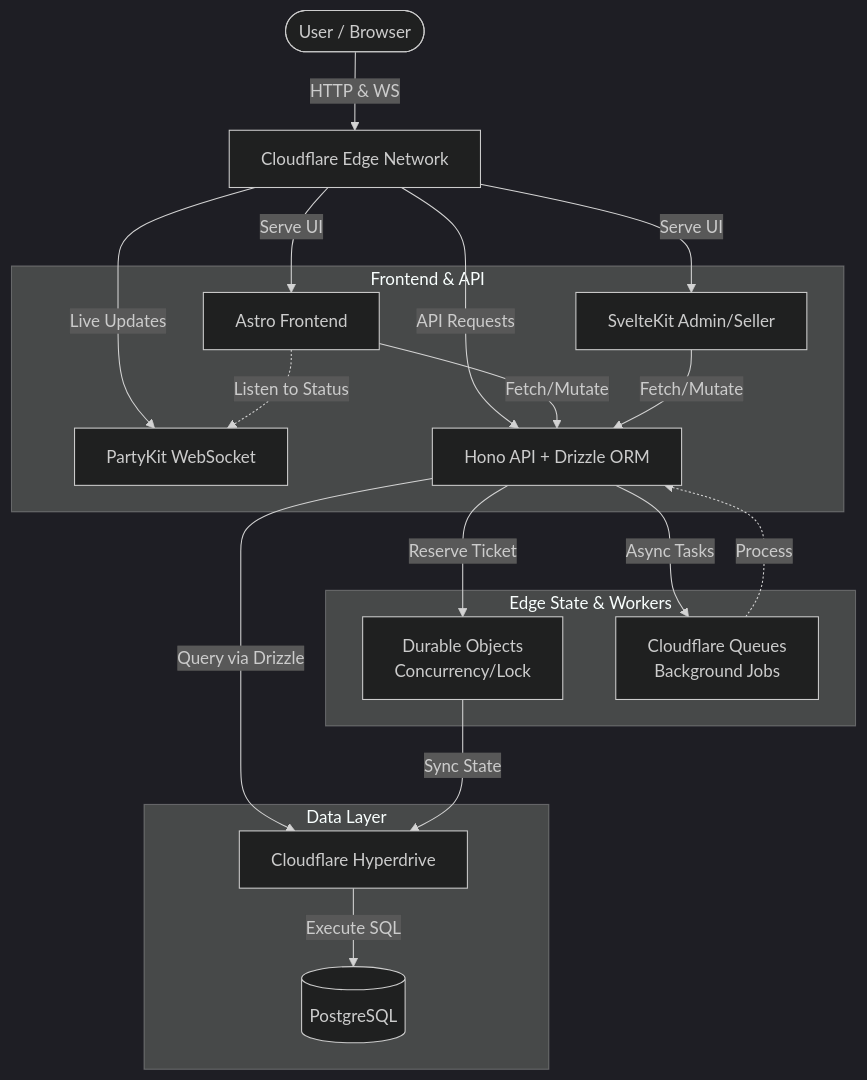
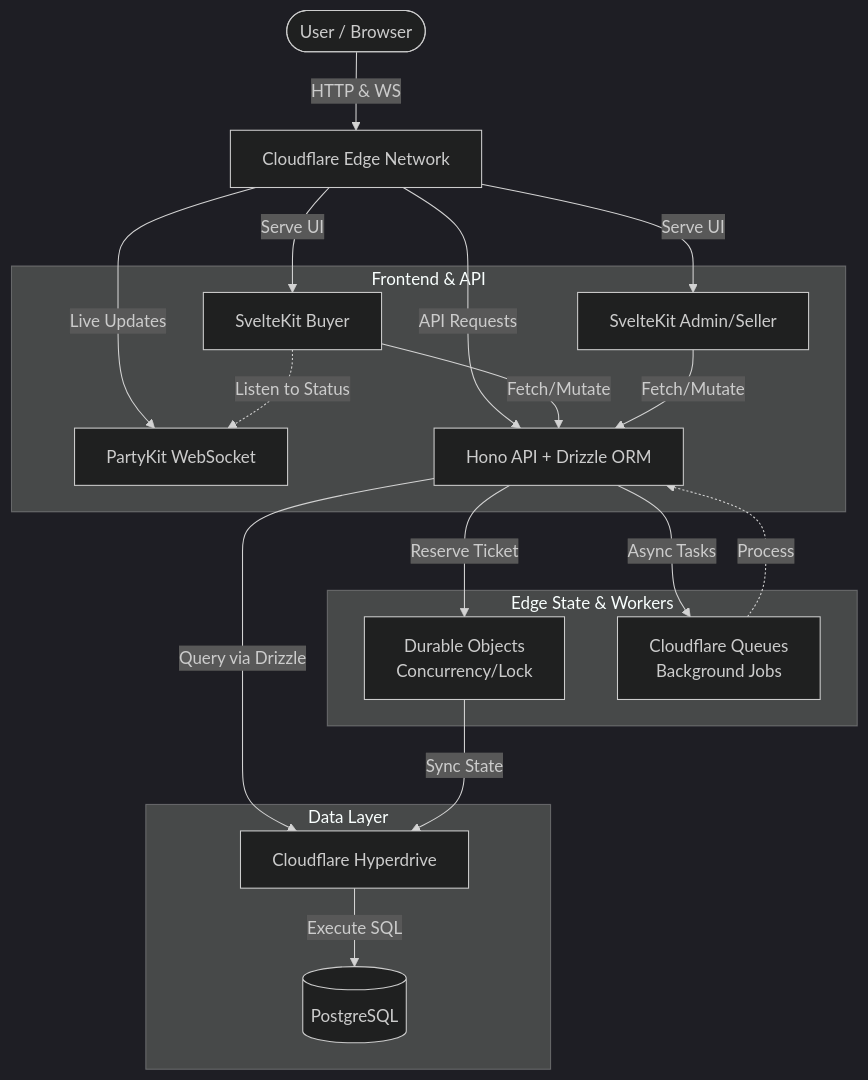
Before and after one commit to oppytut/jeevatix: the diagram in README.md, drawn with Mermaid (dark theme). The commit also changed other lines of this file and 2 other files, not shown here.

Commit message:
Update documentation to reflect migration from Astro to SvelteKit for Buyer portal

````diff
--- a/README.md
+++ b/README.md
@@ -27,40 +27,40 @@
 ```mermaid
 graph TD
     User([User / Browser])
     CF_Edge[Cloudflare Edge Network]
     
     subgraph Frontend & API
-        Buyer[Astro Frontend]
+        Buyer[SvelteKit Buyer]
         Admin[SvelteKit Admin/Seller]
         PartyKit[PartyKit WebSocket]
         API[Hono API + Drizzle ORM]
     end
     
     subgraph Edge State & Workers
         DO[Durable Objects <br> Concurrency/Lock]
         Queue[Cloudflare Queues <br> Background Jobs]
     end
     
     subgraph Data Layer
         Hyperdrive[Cloudflare Hyperdrive]
         DB[(PostgreSQL)]
     end
 
     User -->|HTTP & WS| CF_Edge
     CF_Edge -->|Serve UI| Buyer
     CF_Edge -->|Serve UI| Admin
     CF_Edge -->|API Requests| API
     CF_Edge -->|Live Updates| PartyKit
 
     Buyer -->|Fetch/Mutate| API
     Admin -->|Fetch/Mutate| API
     Buyer -.->|Listen to Status| PartyKit
     
     API -->|Reserve Ticket| DO
     API -->|Async Tasks| Queue
     API -->|Query via Drizzle| Hyperdrive
     DO -->|Sync State| Hyperdrive
     Queue -.->|Process| API
     
     Hyperdrive -->|Execute SQL| DB
 ```
````
